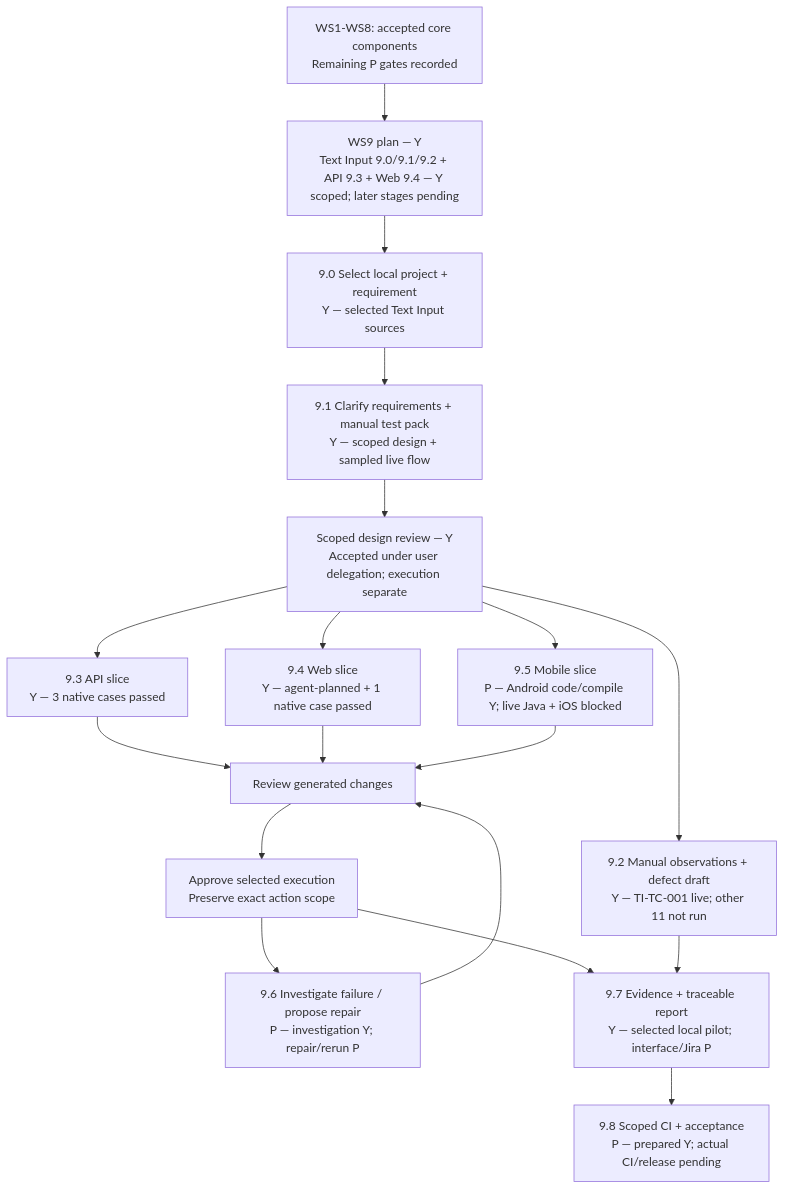
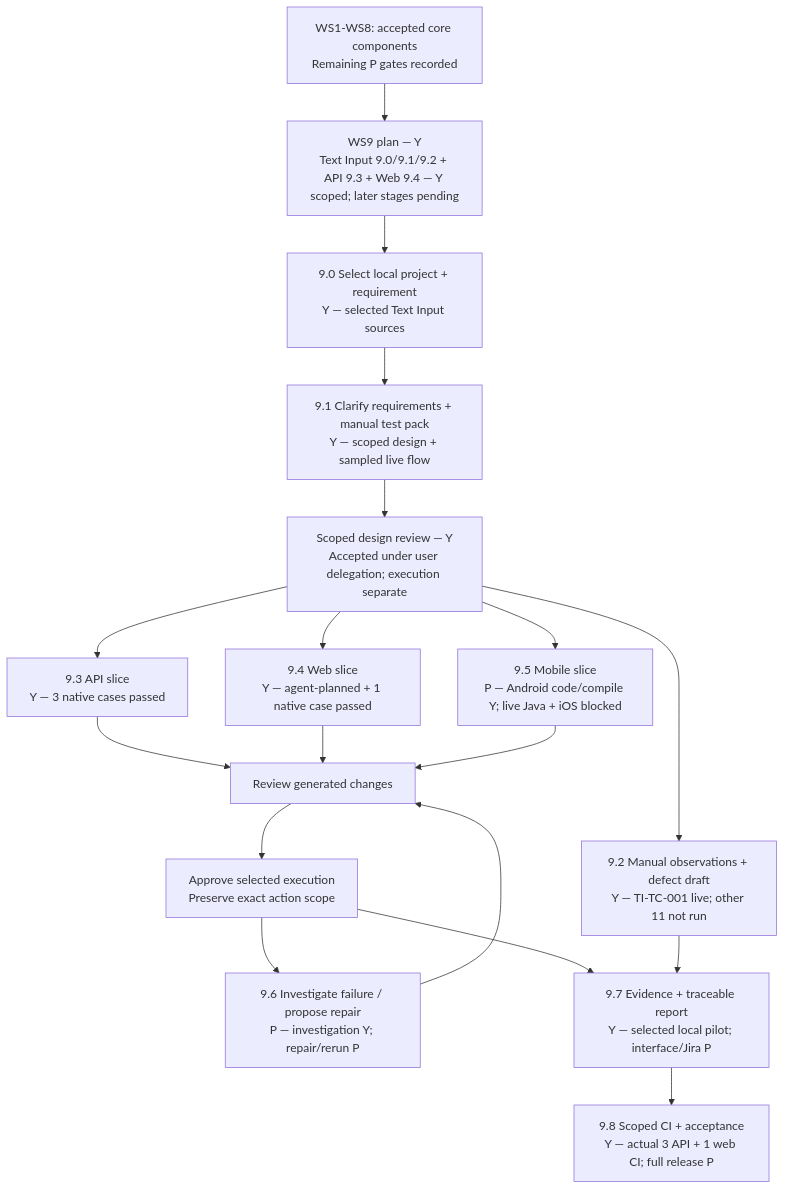
One commit to NagarajLakshatti2/JeshlaAutoAICGP changed the second of 4 diagrams in docs/agentic-ai-roadmap.md. Above: the diagram before and after it, drawn with Mermaid. The commit also changed other lines of this file and 3 other files, not shown here.

````diff
--- a/docs/agentic-ai-roadmap.md
+++ b/docs/agentic-ai-roadmap.md
@@ -335,33 +335,33 @@
 ```mermaid
 flowchart TD
     B["WS1-WS8: accepted core components
 Remaining P gates recorded"] --> P["WS9 plan — Y
 Text Input 9.0/9.1/9.2 + API 9.3 + Web 9.4 — Y scoped; later stages pending"]
     P --> R["9.0 Select local project + requirement
 Y — selected Text Input sources"]
     R --> Q["9.1 Clarify requirements + manual test pack
 Y — scoped design + sampled live flow"]
     Q --> H["Scoped design review — Y
 Accepted under user delegation; execution separate"]
     H --> M["9.2 Manual observations + defect draft
 Y — TI-TC-001 live; other 11 not run"]
     H --> A["9.3 API slice
 Y — 3 native cases passed"]
     H --> W["9.4 Web slice
 Y — agent-planned + 1 native case passed"]
     H --> D["9.5 Mobile slice
 P — Android code/compile Y; live Java + iOS blocked"]
     A --> G["Review generated changes"]
     W --> G
     D --> G
     G --> E["Approve selected execution
 Preserve exact action scope"]
     E --> F["9.6 Investigate failure / propose repair
 P — investigation Y; repair/rerun P"]
     E --> T["9.7 Evidence + traceable report
 Y — selected local pilot; interface/Jira P"]
     M --> T
     F --> G
     T --> C["9.8 Scoped CI + acceptance
-P — prepared Y; actual CI/release pending"]
+Y — actual 3 API + 1 web CI; full release P"]
 ```
````
